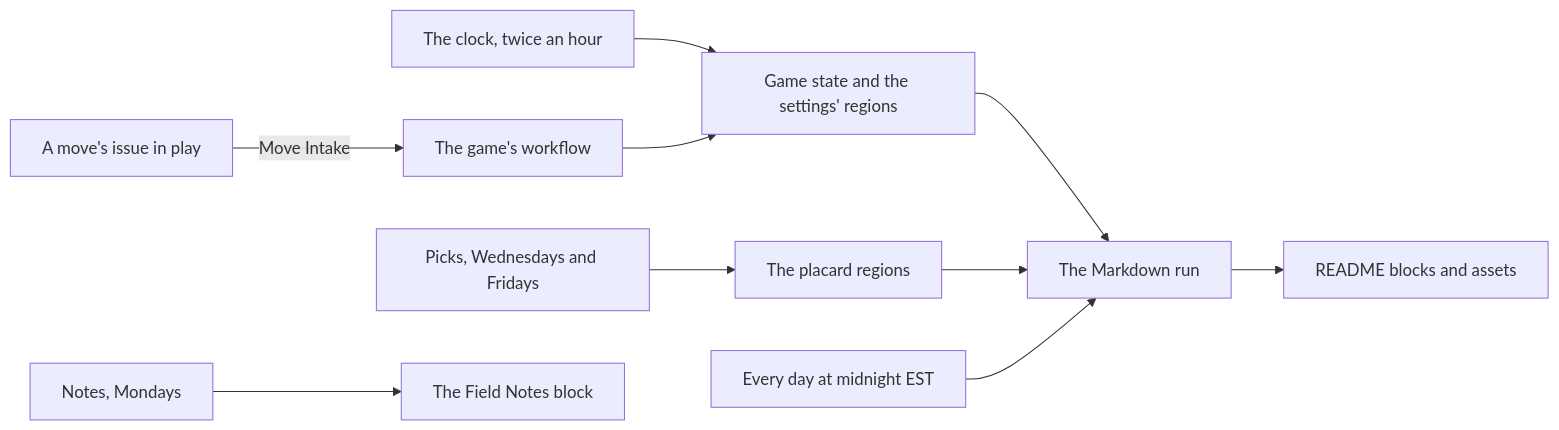
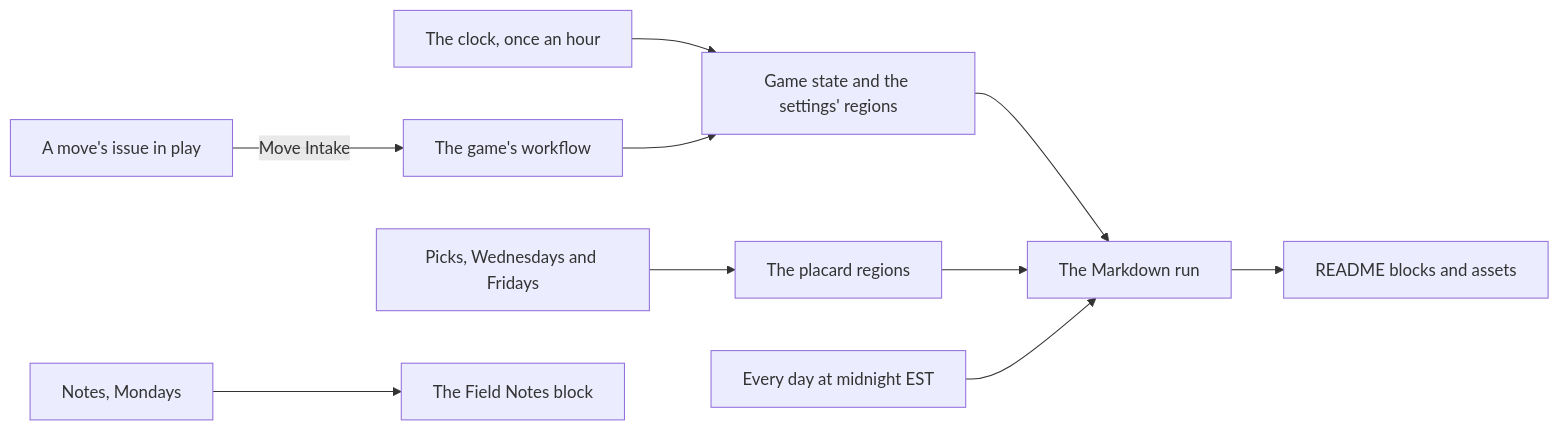
Before and after one commit to tannergolden/tannergolden: the diagram in docs/introduction/Overview.md, drawn with Mermaid. The commit also changed other lines of this file and 9 other files, not shown here.

First line of the commit message:
ci(clock): ⏰ tick the games' clock once an hour

````diff
--- a/docs/introduction/Overview.md
+++ b/docs/introduction/Overview.md
@@ -89,12 +89,12 @@
 ```mermaid
 graph LR
     Issue["A move's issue in play"] -->|Move Intake| Game["The game's workflow"]
-    Clock["The clock, twice an hour"] --> State
+    Clock["The clock, once an hour"] --> State
     Game --> State["Game state and the settings' regions"]
     Picks["Picks, Wednesdays and Fridays"] --> Placards["The placard regions"]
     State --> Kit["The Markdown run"]
     Placards --> Kit
     Daily["Every day at midnight EST"] --> Kit
     Kit --> Page["README blocks and assets"]
     Notes["Notes, Mondays"] --> Block["The Field Notes block"]
 ```
````
